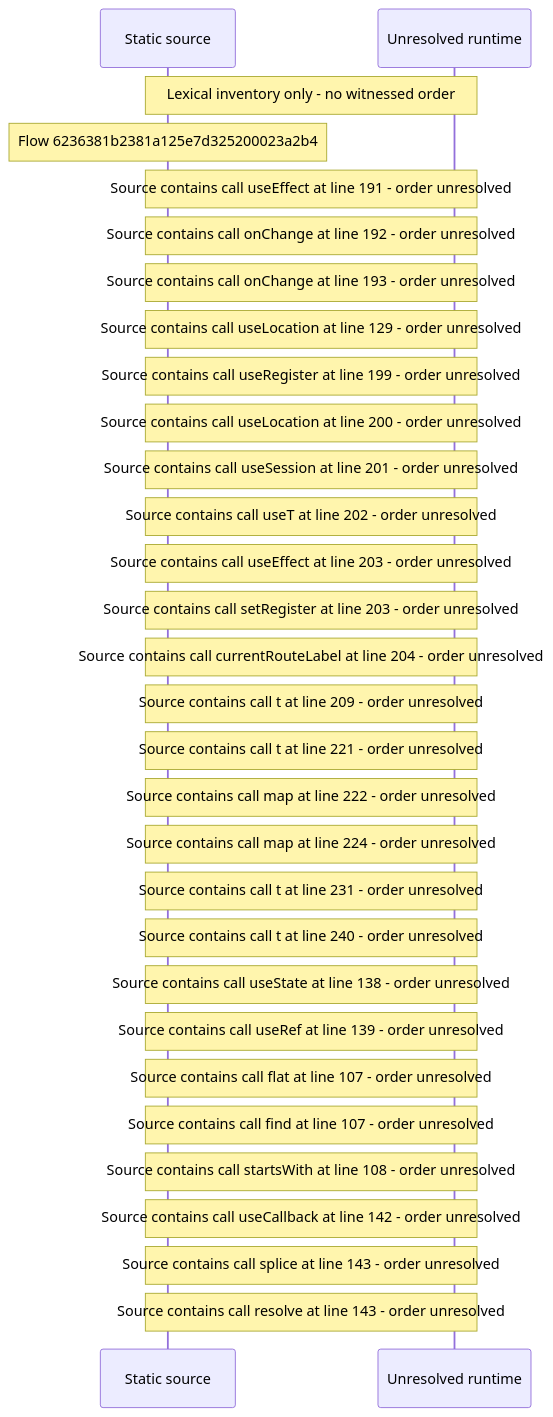
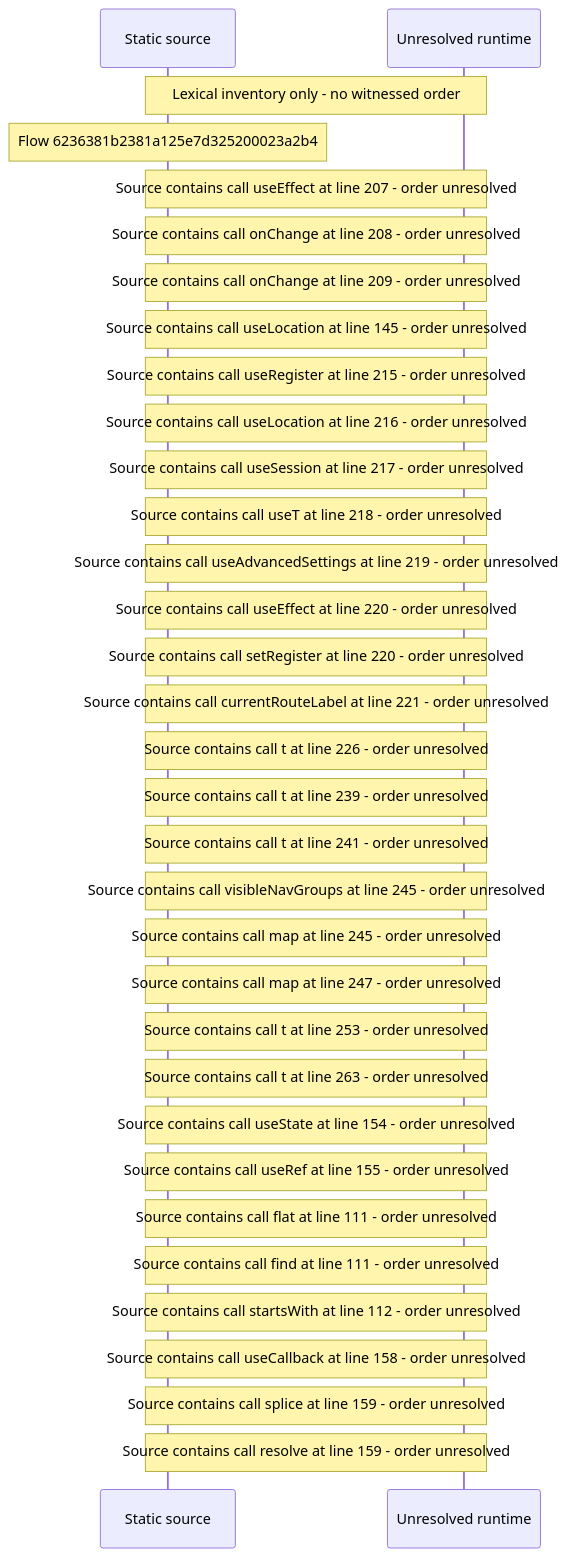
The diagram in docs/web/flows/generated/6236381b2381a125e7d325200023a2b4/flow-diagram.md (beamfall/core), drawn with Mermaid before and after one commit. The commit also changed other lines of this file and 715 other files, not shown here.

First line of the commit message:
Regenerate the web flow record on main after CORE-1117

````diff
--- a/docs/web/flows/generated/6236381b2381a125e7d325200023a2b4/flow-diagram.md
+++ b/docs/web/flows/generated/6236381b2381a125e7d325200023a2b4/flow-diagram.md
@@ -10,32 +10,35 @@
 ```mermaid
 sequenceDiagram
     participant S as Static source
     participant U as Unresolved runtime
     Note over S,U: Lexical inventory only - no witnessed order
     Note over S: Flow 6236381b2381a125e7d325200023a2b4
-    Note over S,U: Source contains call useEffect at line 191 - order unresolved
-    Note over S,U: Source contains call onChange at line 192 - order unresolved
-    Note over S,U: Source contains call onChange at line 193 - order unresolved
-    Note over S,U: Source contains call useLocation at line 129 - order unresolved
-    Note over S,U: Source contains call useRegister at line 199 - order unresolved
-    Note over S,U: Source contains call useLocation at line 200 - order unresolved
-    Note over S,U: Source contains call useSession at line 201 - order unresolved
-    Note over S,U: Source contains call useT at line 202 - order unresolved
-    Note over S,U: Source contains call useEffect at line 203 - order unresolved
-    Note over S,U: Source contains call setRegister at line 203 - order unresolved
-    Note over S,U: Source contains call currentRouteLabel at line 204 - order unresolved
-    Note over S,U: Source contains call t at line 209 - order unresolved
-    Note over S,U: Source contains call t at line 221 - order unresolved
-    Note over S,U: Source contains call map at line 222 - order unresolved
-    Note over S,U: Source contains call map at line 224 - order unresolved
-    Note over S,U: Source contains call t at line 231 - order unresolved
-    Note over S,U: Source contains call t at line 240 - order unresolved
-    Note over S,U: Source contains call useState at line 138 - order unresolved
-    Note over S,U: Source contains call useRef at line 139 - order unresolved
-    Note over S,U: Source contains call flat at line 107 - order unresolved
-    Note over S,U: Source contains call find at line 107 - order unresolved
-    Note over S,U: Source contains call startsWith at line 108 - order unresolved
-    Note over S,U: Source contains call useCallback at line 142 - order unresolved
-    Note over S,U: Source contains call splice at line 143 - order unresolved
-    Note over S,U: Source contains call resolve at line 143 - order unresolved
+    Note over S,U: Source contains call useEffect at line 207 - order unresolved
+    Note over S,U: Source contains call onChange at line 208 - order unresolved
+    Note over S,U: Source contains call onChange at line 209 - order unresolved
+    Note over S,U: Source contains call useLocation at line 145 - order unresolved
+    Note over S,U: Source contains call useRegister at line 215 - order unresolved
+    Note over S,U: Source contains call useLocation at line 216 - order unresolved
+    Note over S,U: Source contains call useSession at line 217 - order unresolved
+    Note over S,U: Source contains call useT at line 218 - order unresolved
+    Note over S,U: Source contains call useAdvancedSettings at line 219 - order unresolved
+    Note over S,U: Source contains call useEffect at line 220 - order unresolved
+    Note over S,U: Source contains call setRegister at line 220 - order unresolved
+    Note over S,U: Source contains call currentRouteLabel at line 221 - order unresolved
+    Note over S,U: Source contains call t at line 226 - order unresolved
+    Note over S,U: Source contains call t at line 239 - order unresolved
+    Note over S,U: Source contains call t at line 241 - order unresolved
+    Note over S,U: Source contains call visibleNavGroups at line 245 - order unresolved
+    Note over S,U: Source contains call map at line 245 - order unresolved
+    Note over S,U: Source contains call map at line 247 - order unresolved
+    Note over S,U: Source contains call t at line 253 - order unresolved
+    Note over S,U: Source contains call t at line 263 - order unresolved
+    Note over S,U: Source contains call useState at line 154 - order unresolved
+    Note over S,U: Source contains call useRef at line 155 - order unresolved
+    Note over S,U: Source contains call flat at line 111 - order unresolved
+    Note over S,U: Source contains call find at line 111 - order unresolved
+    Note over S,U: Source contains call startsWith at line 112 - order unresolved
+    Note over S,U: Source contains call useCallback at line 158 - order unresolved
+    Note over S,U: Source contains call splice at line 159 - order unresolved
+    Note over S,U: Source contains call resolve at line 159 - order unresolved
 ```
````
